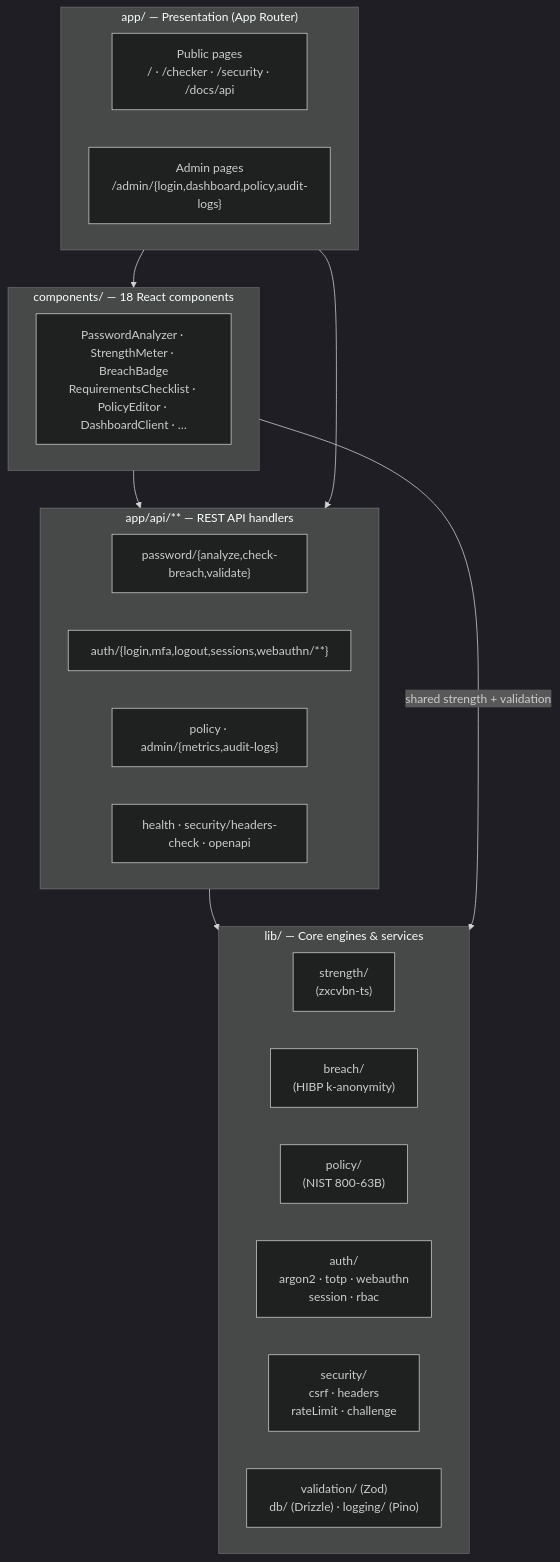
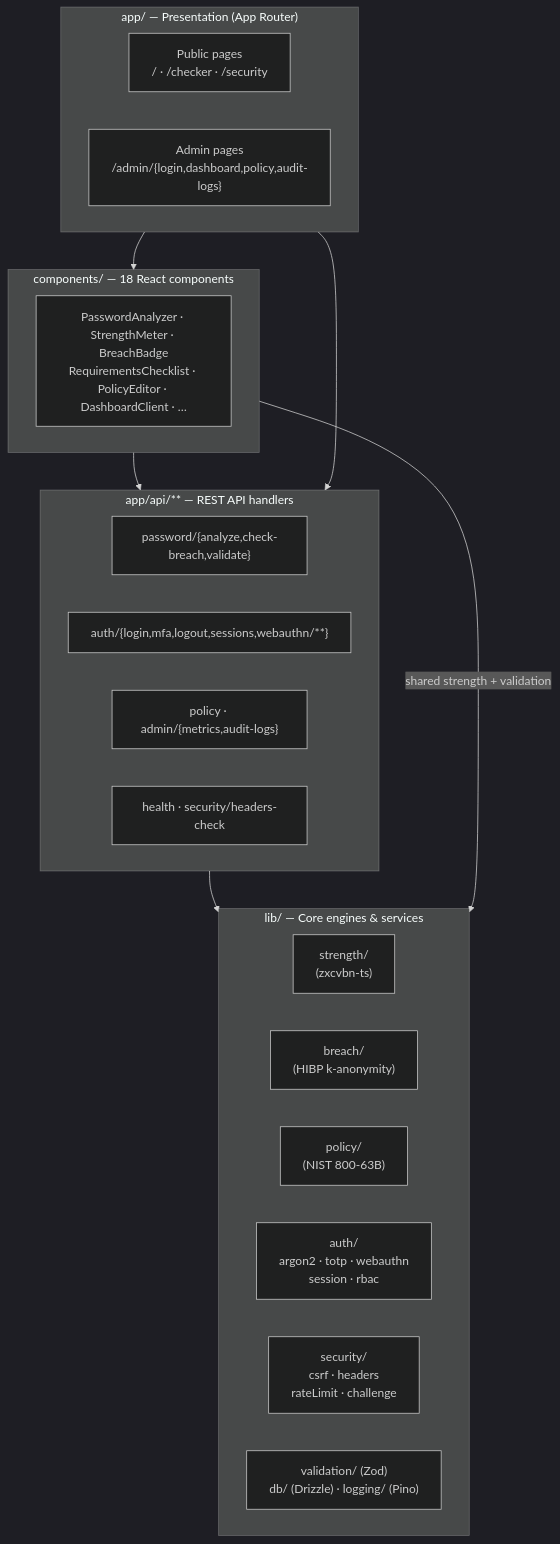
The second of 8 diagrams in ARCHITECTURE.md (krish4479/keysheild-breach-detector), drawn with Mermaid (dark theme) before and after one commit. The commit also changed other lines of this file and 16 other files, not shown here.

````diff
--- a/ARCHITECTURE.md
+++ b/ARCHITECTURE.md
@@ -50,36 +50,36 @@
 ```mermaid
 flowchart TB
   subgraph Presentation["app/ — Presentation (App Router)"]
     direction LR
-    Public["Public pages<br/>/ · /checker · /security · /docs/api"]
+    Public["Public pages<br/>/ · /checker · /security"]
     Admin["Admin pages<br/>/admin/{login,dashboard,policy,audit-logs}"]
   end
 
   subgraph Components["components/ — 18 React components"]
     C["PasswordAnalyzer · StrengthMeter · BreachBadge<br/>RequirementsChecklist · PolicyEditor · DashboardClient · …"]
   end
 
   subgraph ApiLayer["app/api/** — REST API handlers"]
     direction LR
     APwd["password/{analyze,check-breach,validate}"]
     AAuth["auth/{login,mfa,logout,sessions,webauthn/**}"]
     AAdmin["policy · admin/{metrics,audit-logs}"]
-    ASys["health · security/headers-check · openapi"]
+    ASys["health · security/headers-check"]
   end
 
   subgraph Core["lib/ — Core engines & services"]
     direction LR
     L1["strength/<br/>(zxcvbn-ts)"]
     L2["breach/<br/>(HIBP k-anonymity)"]
     L3["policy/<br/>(NIST 800-63B)"]
     L4["auth/<br/>argon2 · totp · webauthn<br/>session · rbac"]
     L5["security/<br/>csrf · headers<br/>rateLimit · challenge"]
     L6["validation/ (Zod)<br/>db/ (Drizzle) · logging/ (Pino)"]
   end
 
   Presentation --> Components
   Components --> ApiLayer
   Presentation --> ApiLayer
   ApiLayer --> Core
   Components -->|shared strength + validation| Core
 ```
````
